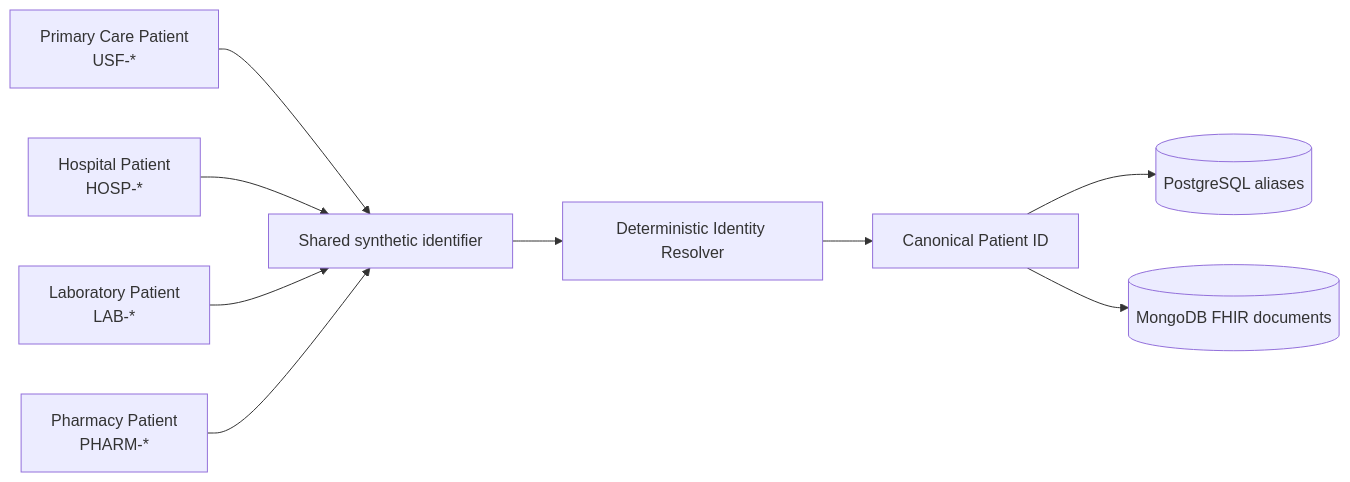
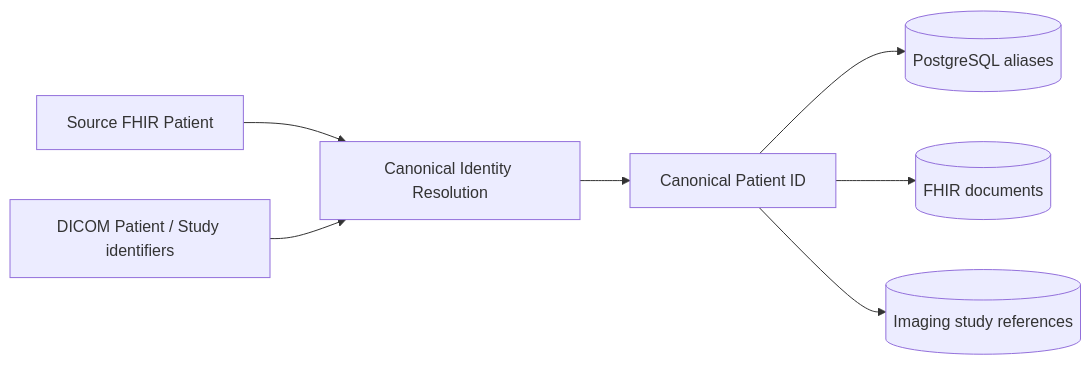
One commit to DiogoRibeiro7/sns-patient-360 changed the fourth of 6 diagrams in docs/architecture/ingestion-persistence.md. Above: the diagram before and after it, drawn with Mermaid. The commit also changed other lines of this file, not shown here.

Commit message:
docs: update persistence diagrams for DICOM imaging plane

````diff
--- a/docs/architecture/ingestion-persistence.md
+++ b/docs/architecture/ingestion-persistence.md
@@ -98,22 +116,15 @@
 ```mermaid
 flowchart LR
-    PC[Primary Care Patient<br/>USF-*]
-    H[Hospital Patient<br/>HOSP-*]
-    L[Laboratory Patient<br/>LAB-*]
-    P[Pharmacy Patient<br/>PHARM-*]
+    FHIRPAT[Source FHIR Patient]
+    DICOMPT[DICOM Patient / Study identifiers]
+    RESOLVE[Canonical Identity Resolution]
+    CANON[Canonical Patient ID]
 
-    ID[Shared synthetic identifier]
-    RESOLVE[Deterministic Identity Resolver]
-    CANON[Canonical Patient ID]
-    PG[(PostgreSQL aliases)]
-    MONGO[(MongoDB FHIR documents)]
+    FHIRPAT --> RESOLVE
+    DICOMPT --> RESOLVE
+    RESOLVE --> CANON
 
-    PC --> ID
-    H --> ID
-    L --> ID
-    P --> ID
-    ID --> RESOLVE
-    RESOLVE --> CANON
-    CANON --> PG
-    CANON --> MONGO
+    CANON --> PG[(PostgreSQL aliases)]
+    CANON --> MONGO[(FHIR documents)]
+    CANON --> PACS[(Imaging study references)]
 ```
````
